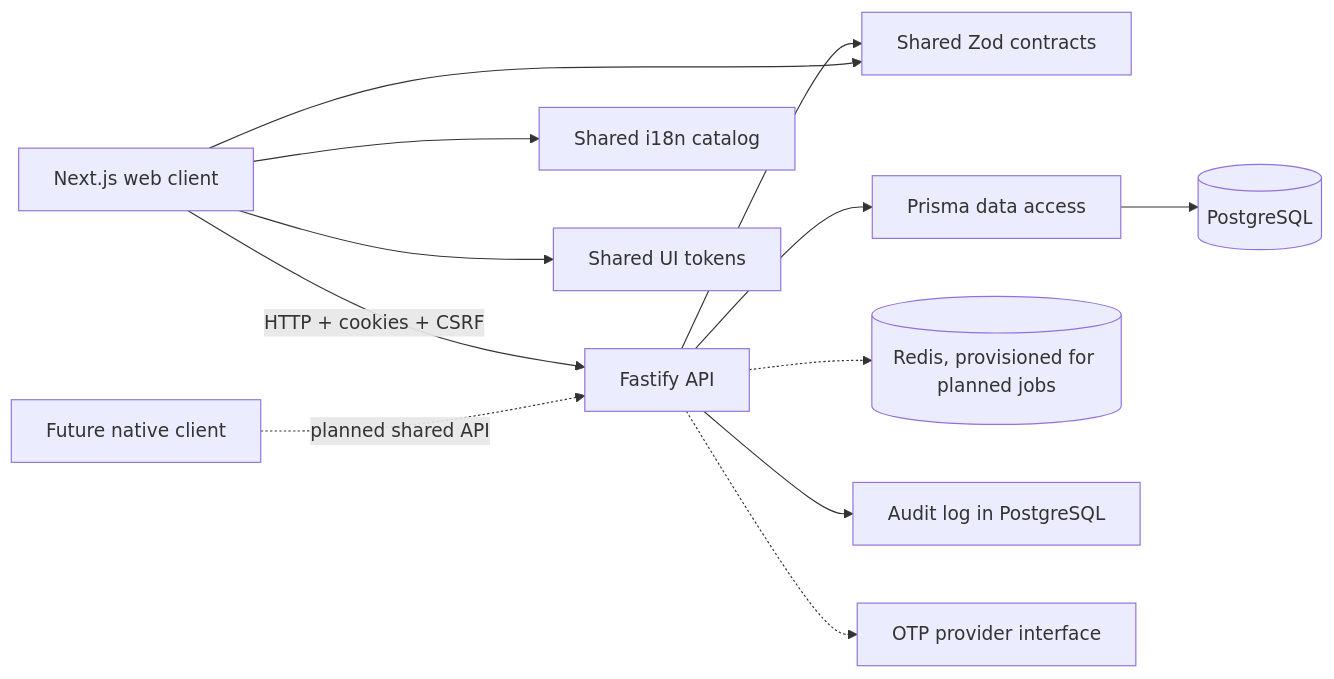
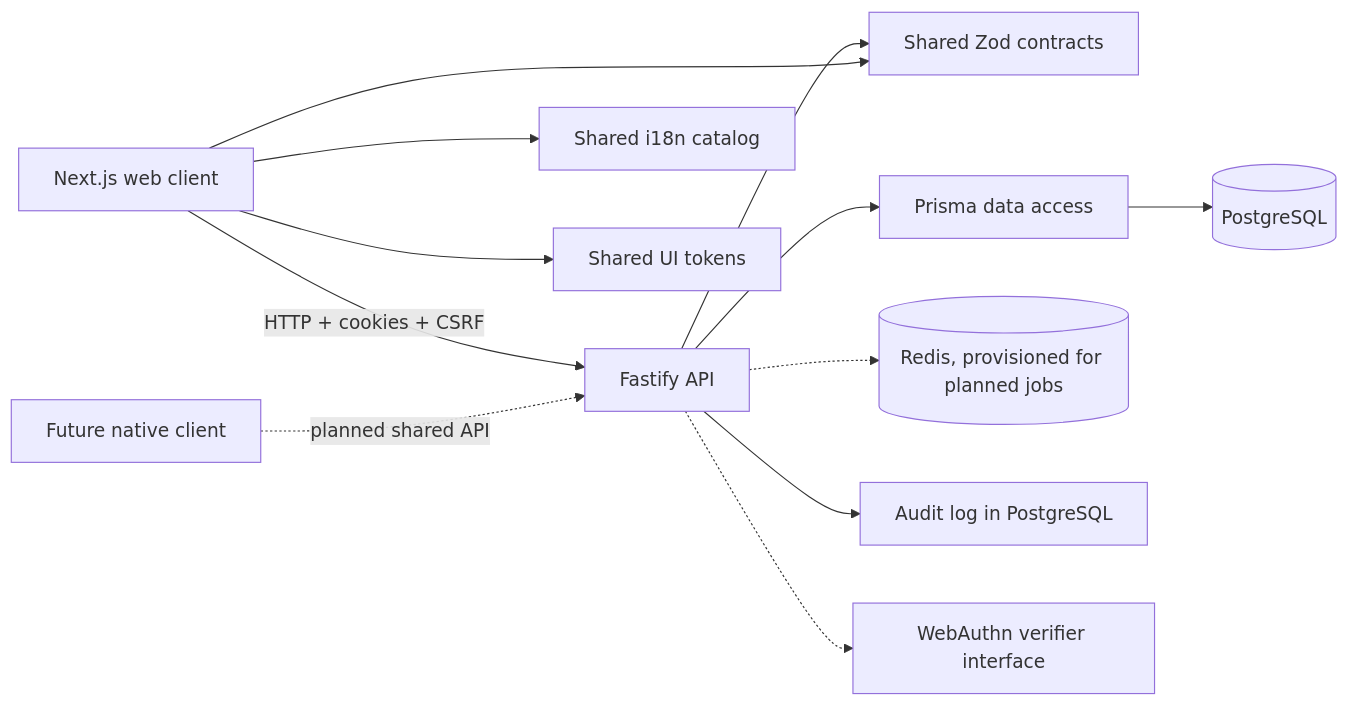
Before and after one commit to kazes5/soccer: the diagram in docs/architecture.md, drawn with Mermaid. The commit also changed other lines of this file and 42 other files, not shown here.

````diff
--- a/docs/architecture.md
+++ b/docs/architecture.md
@@ -23,14 +23,14 @@
 ```mermaid
 flowchart LR
     Browser[Next.js web client] -->|HTTP + cookies + CSRF| API[Fastify API]
     Mobile[Future native client] -.->|planned shared API| API
     API --> Contracts[Shared Zod contracts]
     Browser --> Contracts
     Browser --> I18n[Shared i18n catalog]
     Browser --> Tokens[Shared UI tokens]
     API --> Prisma[Prisma data access]
     Prisma --> Postgres[(PostgreSQL)]
     API -.-> Redis[(Redis, provisioned for planned jobs)]
     API --> Audit[Audit log in PostgreSQL]
-    API -.-> Provider[OTP provider interface]
+    API -.-> Provider[WebAuthn verifier interface]
 ```
````
